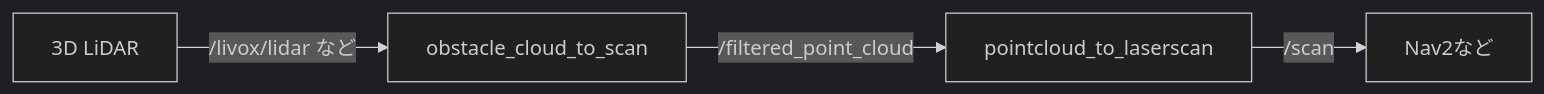
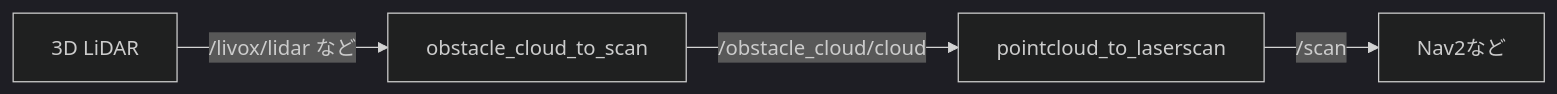
Before and after one commit to AbudoriLab-TC2024/obstacle_cloud_to_scan: the diagram in README.md, drawn with Mermaid (dark theme). The commit also changed other lines of this file, not shown here.

````diff
--- a/README.md
+++ b/README.md
@@ -11,6 +11,6 @@
 ```mermaid
 graph LR
   A[3D LiDAR] -->|/livox/lidar など| B[obstacle_cloud_to_scan]
-  B -->|/filtered_point_cloud| C[pointcloud_to_laserscan]
+  B -->|/obstacle_cloud/cloud| C[pointcloud_to_laserscan]
   C -->|/scan| D[Nav2など]
 ```
````
